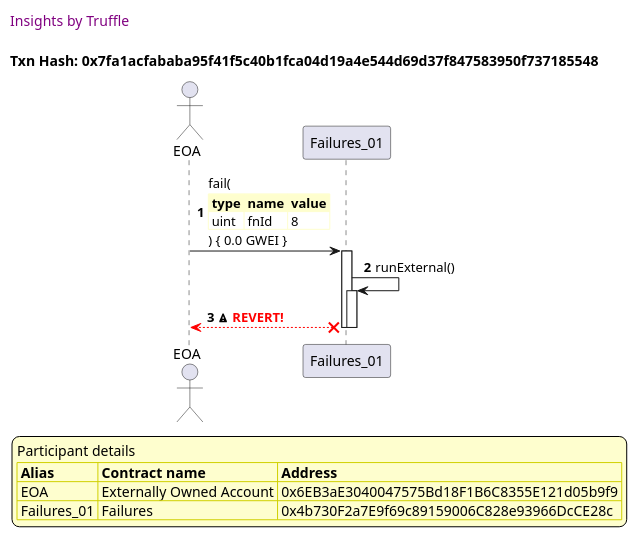
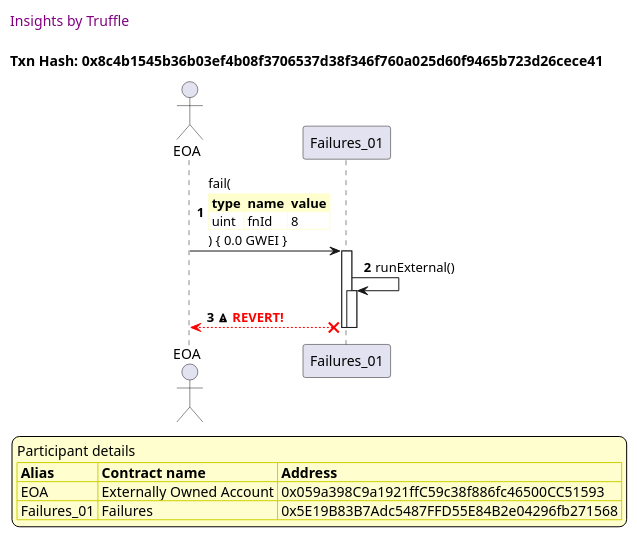
Before and after one commit to trufflesuite/txlog-seedlings: the ninth of 12 diagrams in truffle-seq/failures.test.md, drawn with PlantUML. The commit also changed other lines of this file and 8 other files, not shown here.

````diff
--- a/truffle-seq/failures.test.md
+++ b/truffle-seq/failures.test.md
@@ -984,43 +984,43 @@
 ```plantuml
 
 
 @startuml
 
 autonumber
 skinparam legendBackgroundColor #FEFECE
 
 <style>
       header {
         HorizontalAlignment left
         FontColor purple
         FontSize 14
         Padding 10
       }
     </style>
 
 header Insights by Truffle
 
-title Txn Hash: 0x7fa1acfababa95f41f5c40b1fca04d19a4e544d69d37f847583950f737185548
+title Txn Hash: 0x8c4b1545b36b03ef4b08f3706537d38f346f760a025d60f9465b723d26cece41
 
 
 actor EOA as "EOA"
 participant Failures_01 as "Failures_01"
 
 "EOA" -> "Failures_01" ++: fail(\n\
 <#FEFECE,#FEFECE>|= type |= name |= value |\n\
 | uint | fnId | 8 |\n\
 ) { 0.0 GWEI }
 "Failures_01" -> "Failures_01" ++: runExternal()
 "Failures_01" x-[#red]-> "EOA" --: <&warning> <color #red>**REVERT!**</color>
 deactivate "Failures_01"
 deactivate "Failures_01"
 
 legend
 Participant details
 <#FEFECE,#D0D000>|= Alias |= Contract name |= Address |
-<#FEFECE>| EOA | Externally Owned Account | 0x6EB3aE3040047575Bd18F1B6C8355E121d05b9f9 |
-<#FEFECE>| Failures_01 | Failures | 0x4b730F2a7E9f69c89159006C828e93966DcCE28c |
+<#FEFECE>| EOA | Externally Owned Account | 0x059a398C9a1921ffC59c38f886fc46500CC51593 |
+<#FEFECE>| Failures_01 | Failures | 0x5E19B83B7Adc5487FFD55E84B2e04296fb271568 |
 endlegend
 
 @enduml
 ```
````
